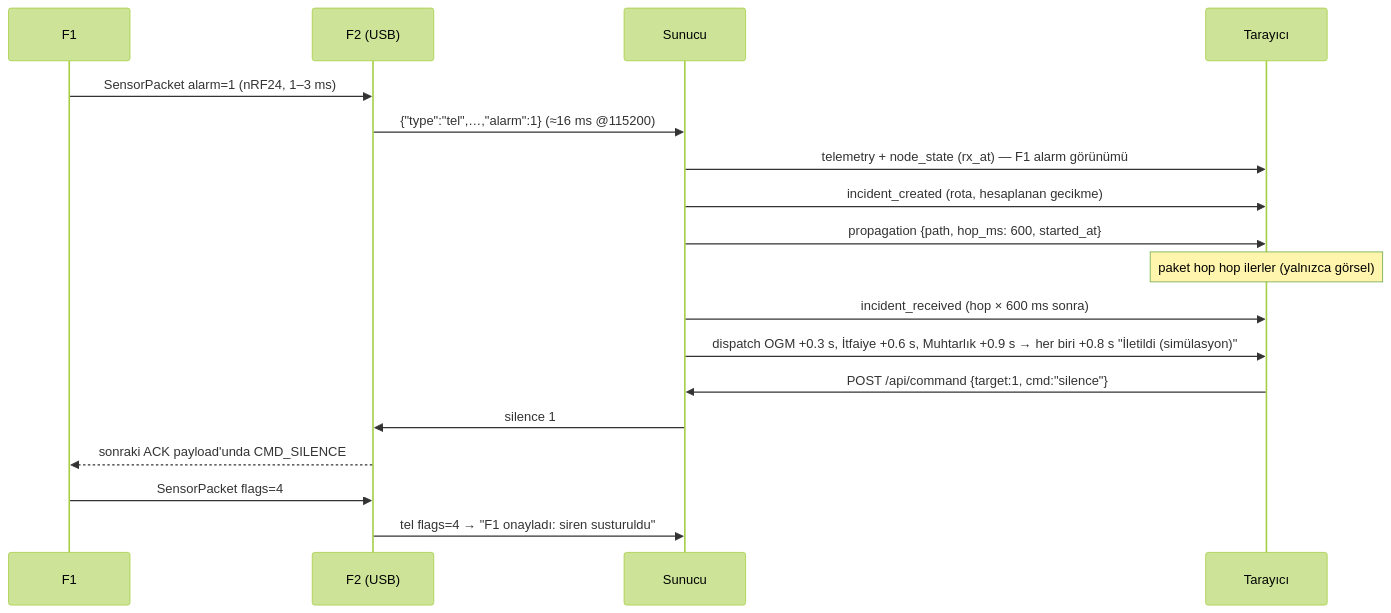
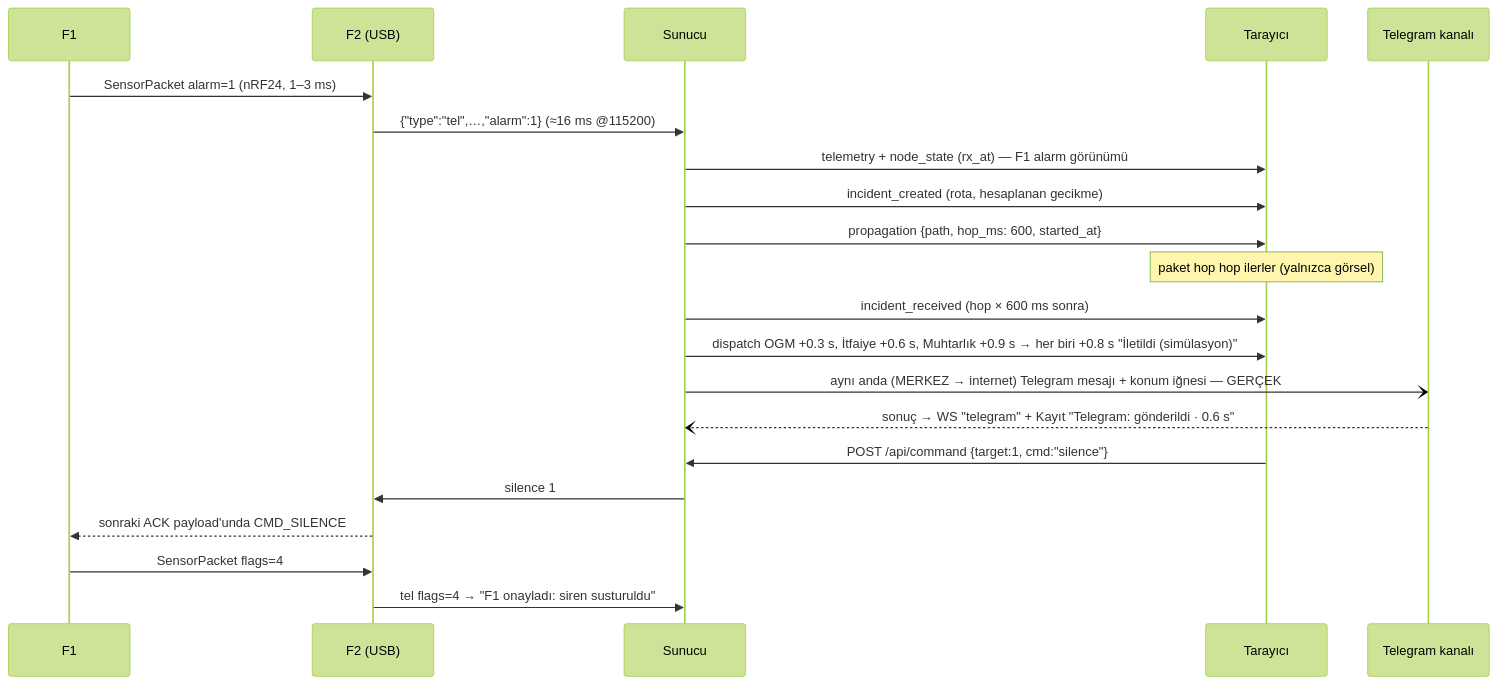
Before and after one commit to Nogeday/orman-yangini-erken-uyari: the third of 3 diagrams in docs/ARCHITECTURE.md, drawn with Mermaid (forest theme). The commit also changed other lines of this file and 15 other files, not shown here.

````diff
--- a/docs/ARCHITECTURE.md
+++ b/docs/ARCHITECTURE.md
@@ -98,20 +102,23 @@
 ```mermaid
 sequenceDiagram
   participant F1
   participant F2 as F2 (USB)
   participant S as Sunucu
   participant B as Tarayıcı
+  participant T as Telegram kanalı
   F1->>F2: SensorPacket alarm=1 (nRF24, 1–3 ms)
   F2->>S: {"type":"tel",…,"alarm":1} (≈16 ms @115200)
   S->>B: telemetry + node_state (rx_at) — F1 alarm görünümü
   S->>B: incident_created (rota, hesaplanan gecikme)
   S->>B: propagation {path, hop_ms: 600, started_at}
   Note over B: paket hop hop ilerler (yalnızca görsel)
   S->>B: incident_received (hop × 600 ms sonra)
   S->>B: dispatch OGM +0.3 s, İtfaiye +0.6 s, Muhtarlık +0.9 s → her biri +0.8 s "İletildi (simülasyon)"
+  S-)T: aynı anda (MERKEZ → internet) Telegram mesajı + konum iğnesi — GERÇEK
+  T--)S: sonuç → WS "telegram" + Kayıt "Telegram: gönderildi · 0.6 s"
   B->>S: POST /api/command {target:1, cmd:"silence"}
   S->>F2: silence 1
   F2-->>F1: sonraki ACK payload'unda CMD_SILENCE
   F1->>F2: SensorPacket flags=4
   F2->>S: tel flags=4 → "F1 onayladı: siren susturuldu"
 ```
````
